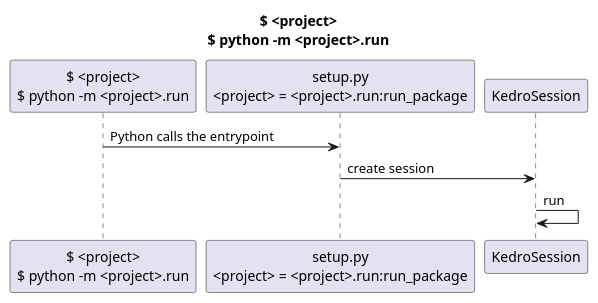
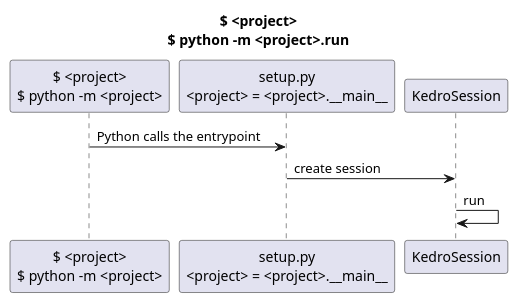
One commit to kedro-org/kedro changed the diagram in docs/draft/python-m-project.puml. Above: the diagram before and after it, drawn with PlantUML. The commit also changed 18 other files, not shown here.

```diff
--- a/docs/draft/python-m-project.puml
+++ b/docs/draft/python-m-project.puml
@@ -1,12 +1,12 @@
 @startuml
 title "$ <project>\n$ python -m <project>.run"
 
-participant "$ <project>\n$ python -m <project>.run" as cli
-participant "setup.py\n<project> = <project>.run:run_package" as entrypoint
+participant "$ <project>\n$ python -m <project>" as cli
+participant "setup.py\n<project> = <project>.~__main__" as entrypoint
 participant "KedroSession" as session
 
 cli->entrypoint: Python calls the entrypoint
 entrypoint->session: create session
 session->session: run
 
 @enduml
```
